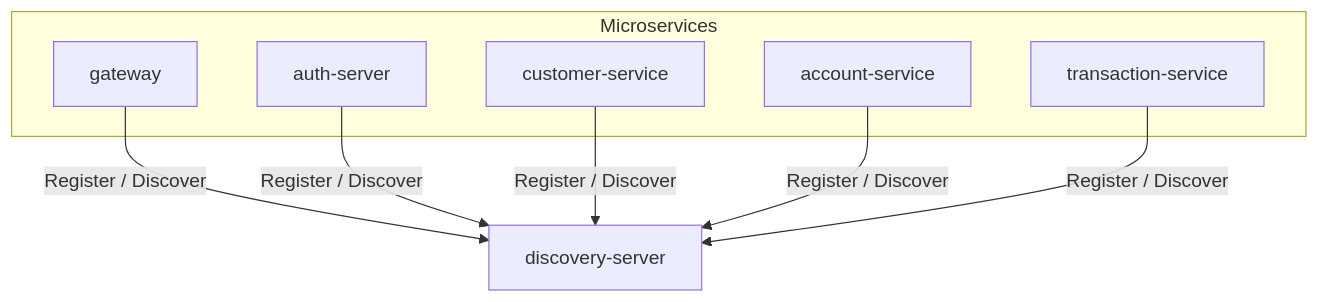
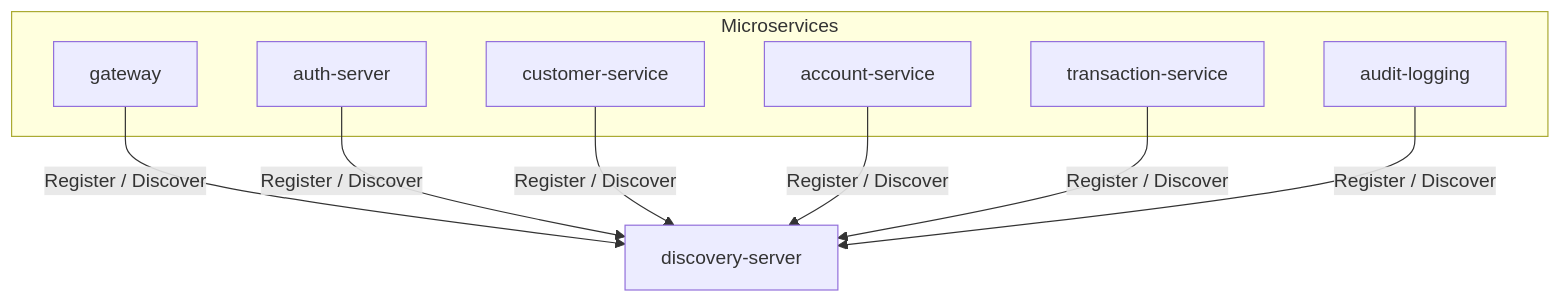
One commit to Lfav07/amerbank-micro changed the diagram in services/discovery/README.md. Above: the diagram before and after it, drawn with Mermaid. The commit also changed other lines of this file and 3 other files, not shown here.

````diff
--- a/services/discovery/README.md
+++ b/services/discovery/README.md
@@ -14,16 +14,18 @@
 ```mermaid
 graph TD
     subgraph Microservices
         gateway
         auth-server
         customer-service
         account-service
         transaction-service
+        audit-logging
     end
 
     gateway -->|Register / Discover| discovery-server
     auth-server -->|Register / Discover| discovery-server
     customer-service -->|Register / Discover| discovery-server
     account-service -->|Register / Discover| discovery-server
     transaction-service -->|Register / Discover| discovery-server
+    audit-logging -->|Register / Discover| discovery-server
 ```
````
